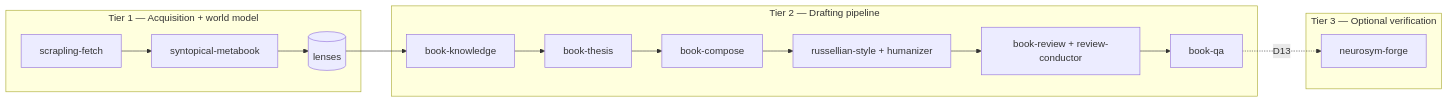
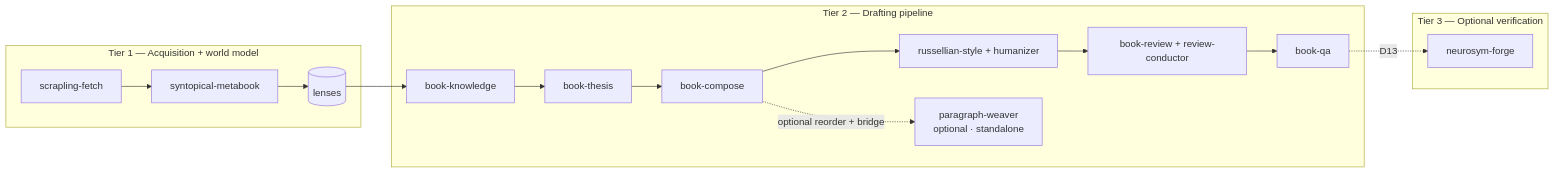
One commit to CharlesHoskinson/russellian-book-suite changed the first of 9 diagrams in README.md. Above: the diagram before and after it, drawn with Mermaid. The commit also changed other lines of this file, not shown here.

Commit message:
docs(readme): add paragraph-weaver throughout; lift enjoyment (real linter kill + cahow output)

````diff
--- a/README.md
+++ b/README.md
@@ -146,19 +146,20 @@
 ```mermaid
 graph LR
     subgraph T1["Tier 1 — Acquisition + world model"]
         A1[scrapling-fetch] --> A2[syntopical-metabook]
         A2 --> A3[(lenses)]
     end
     subgraph T2["Tier 2 — Drafting pipeline"]
         B1[book-knowledge] --> B2[book-thesis]
         B2 --> B3[book-compose]
         B3 --> B4[russellian-style + humanizer]
         B4 --> B5[book-review + review-conductor]
         B5 --> B6[book-qa]
+        B3 -. optional reorder + bridge .-> BPW[paragraph-weaver<br/>optional · standalone]
     end
     subgraph T3["Tier 3 — Optional verification"]
         C1[neurosym-forge]
     end
     A3 --> B1
     B6 -. D13 .-> C1
 ```
````
